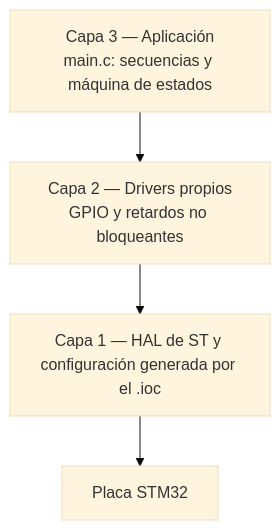
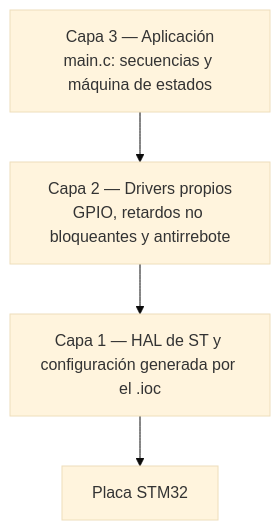
One commit to Fedemayol024/Grupo_6_TDII_2026 changed the second of 2 diagrams in README.md. Above: the diagram before and after it, drawn with Mermaid (base theme). The commit also changed other lines of this file and 4 other files, not shown here.

````diff
--- a/README.md
+++ b/README.md
@@ -62,6 +68,6 @@
 ```mermaid
 graph TD
-    A["Capa 3 — Aplicación<br/>main.c: secuencias y máquina de estados"] --> B["Capa 2 — Drivers propios<br/>GPIO y retardos no bloqueantes"]
+    A["Capa 3 — Aplicación<br/>main.c: secuencias y máquina de estados"] --> B["Capa 2 — Drivers propios<br/>GPIO, retardos no bloqueantes y antirrebote"]
     B --> C["Capa 1 — HAL de ST y configuración generada por el .ioc"]
     C --> D["Placa STM32"]
 ```
````
